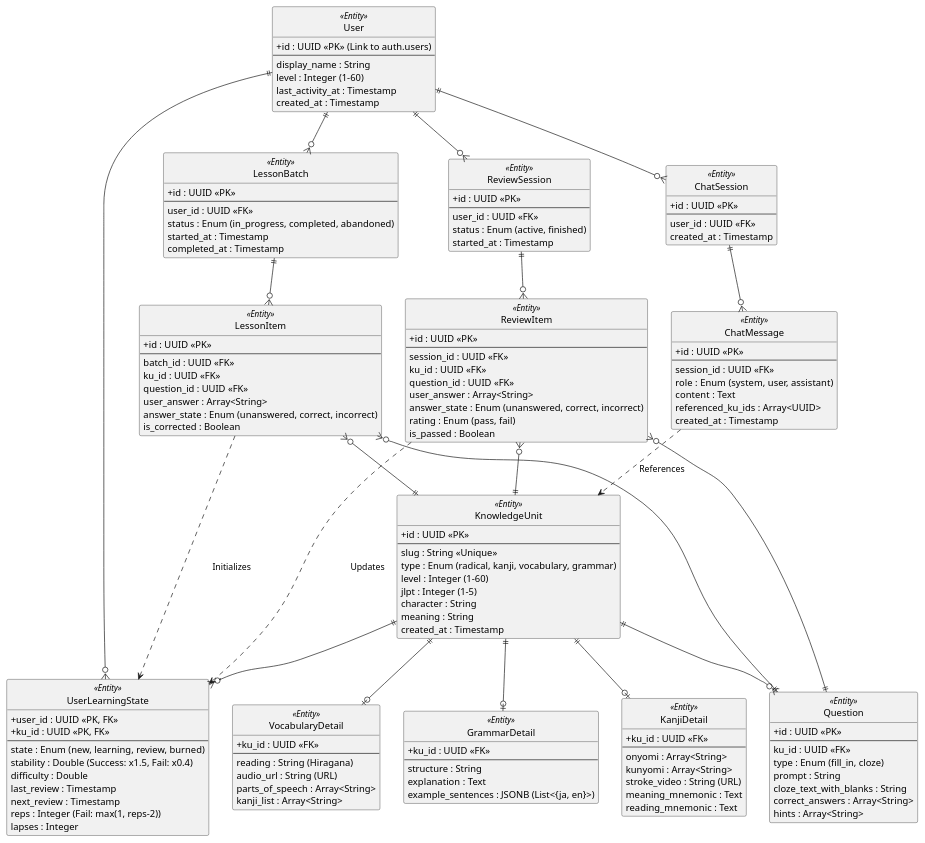
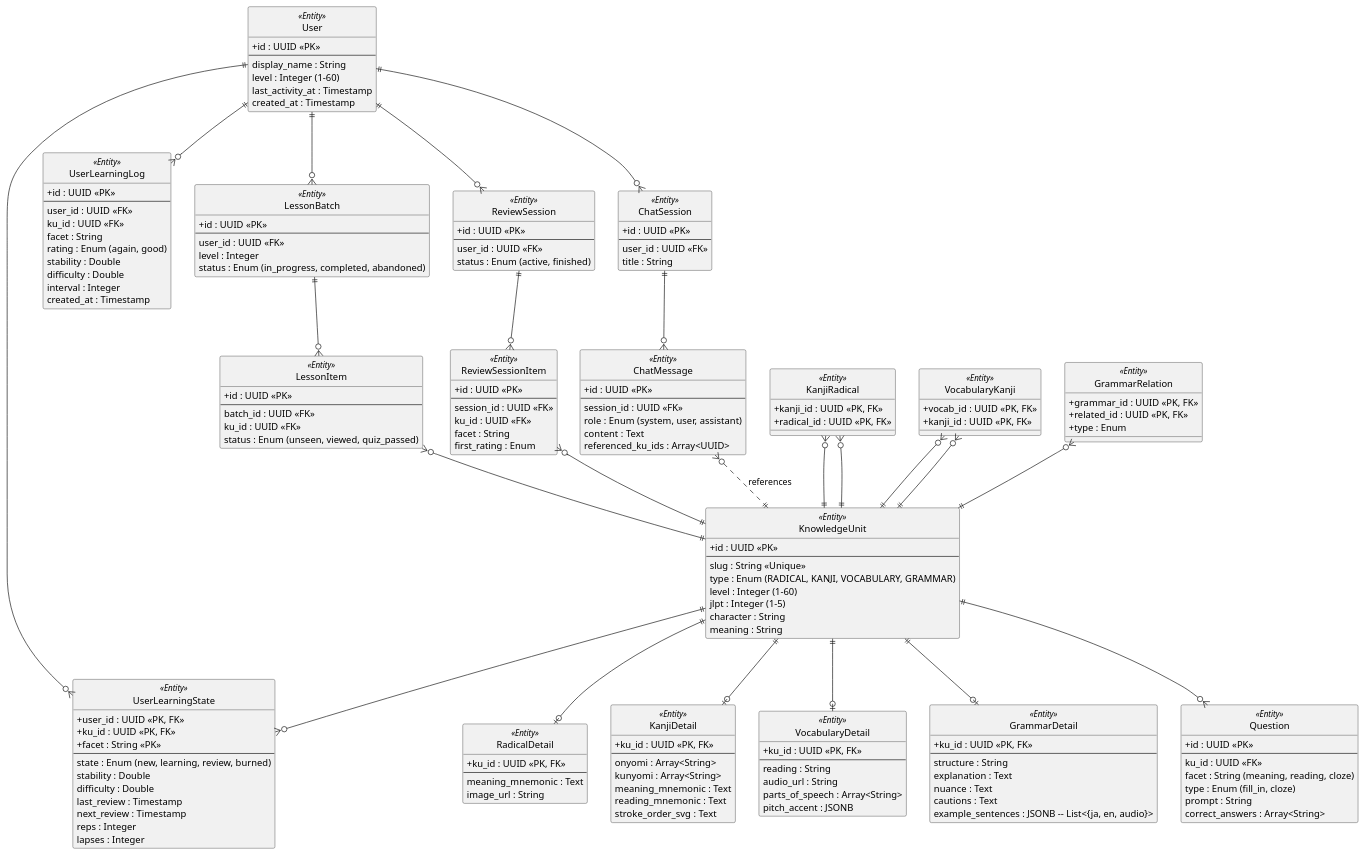
The diagram in docs/er/full-system-er.md (anhtranguyen-github/Hanachan), drawn with PlantUML before and after one commit. The commit also changed other lines of this file and 37 other files, not shown here.

Commit message:
docs: synchronize architecture and business flow documentation with final implementation

````diff
--- a/docs/er/full-system-er.md
+++ b/docs/er/full-system-er.md
@@ -10,7 +12,7 @@
 ' 1. USER DOMAIN
 ' ==========================================
 class User <<Entity>> {
-  + id : UUID <<PK>> (Link to auth.users)
+  + id : UUID <<PK>>
   --
   display_name : String
   level : Integer (1-60)
@@ -25,39 +27,64 @@
   + id : UUID <<PK>>
   --
   slug : String <<Unique>>
-  type : Enum (radical, kanji, vocabulary, grammar)
+  type : Enum (RADICAL, KANJI, VOCABULARY, GRAMMAR)
   level : Integer (1-60)
   jlpt : Integer (1-5)
   character : String
   meaning : String
-  created_at : Timestamp
+}
+
+class RadicalDetail <<Entity>> {
+  + ku_id : UUID <<PK, FK>>
+  --
+  meaning_mnemonic : Text
+  image_url : String
 }
 
 class KanjiDetail <<Entity>> {
-  + ku_id : UUID <<FK>>
+  + ku_id : UUID <<PK, FK>>
   --
   onyomi : Array<String>
   kunyomi : Array<String>
-  stroke_video : String (URL)
   meaning_mnemonic : Text
   reading_mnemonic : Text
+  stroke_order_svg : Text
 }
 
 class VocabularyDetail <<Entity>> {
-  + ku_id : UUID <<FK>>
+  + ku_id : UUID <<PK, FK>>
   --
-  reading : String (Hiragana)
-  audio_url : String (URL)
+  reading : String
+  audio_url : String
   parts_of_speech : Array<String>
-  kanji_list : Array<String>
+  pitch_accent : JSONB
 }
 
 class GrammarDetail <<Entity>> {
-  + ku_id : UUID <<FK>>
+  + ku_id : UUID <<PK, FK>>
   --
   structure : String
   explanation : Text
-  example_sentences : JSONB (List<{ja, en}>)
+  nuance : Text
+  cautions : Text
+  example_sentences : JSONB -- List<{ja, en, audio}>
+}
+
+' Bridge Tables (Cross-References)
+class KanjiRadical <<Entity>> {
+  + kanji_id : UUID <<PK, FK>>
+  + radical_id : UUID <<PK, FK>>
+}
+
+class VocabularyKanji <<Entity>> {
+  + vocab_id : UUID <<PK, FK>>
+  + kanji_id : UUID <<PK, FK>>
+}
+
+class GrammarRelation <<Entity>> {
+  + grammar_id : UUID <<PK, FK>>
+  + related_id : UUID <<PK, FK>>
+  + type : Enum
 }
 
 ' ==========================================
@@ -67,23 +94,51 @@
   + id : UUID <<PK>>
   --
   ku_id : UUID <<FK>>
+  facet : String (meaning, reading, cloze)
   type : Enum (fill_in, cloze)
   prompt : String
-  cloze_text_with_blanks : String
   correct_answers : Array<String>
-  hints : Array<String>
 }
 
 ' ==========================================
-' 4. SESSION DOMAIN
+' 4. PROGRESS & LOGGING
+' ==========================================
+class UserLearningState <<Entity>> {
+  + user_id : UUID <<PK, FK>>
+  + ku_id : UUID <<PK, FK>>
+  + facet : String <<PK>>
+  --
+  state : Enum (new, learning, review, burned)
+  stability : Double
+  difficulty : Double
+  last_review : Timestamp
+  next_review : Timestamp
+  reps : Integer
+  lapses : Integer
+}
+
+class UserLearningLog <<Entity>> {
+  + id : UUID <<PK>>
+  --
+  user_id : UUID <<FK>>
+  ku_id : UUID <<FK>>
+  facet : String
+  rating : Enum (again, good)
+  stability : Double
+  difficulty : Double
+  interval : Integer
+  created_at : Timestamp
+}
+
+' ==========================================
+' 5. SESSION DOMAIN
 ' ==========================================
 class LessonBatch <<Entity>> {
   + id : UUID <<PK>>
   --
   user_id : UUID <<FK>>
+  level : Integer
   status : Enum (in_progress, completed, abandoned)
-  started_at : Timestamp
-  completed_at : Timestamp
 }
 
 class LessonItem <<Entity>> {
@@ -91,10 +146,7 @@
   --
   batch_id : UUID <<FK>>
   ku_id : UUID <<FK>>
-  question_id : UUID <<FK>>
-  user_answer : Array<String>
-  answer_state : Enum (unanswered, correct, incorrect)
-  is_corrected : Boolean
+  status : Enum (unseen, viewed, quiz_passed)
 }
 
 class ReviewSession <<Entity>> {
@@ -102,35 +154,15 @@
   --
   user_id : UUID <<FK>>
   status : Enum (active, finished)
-  started_at : Timestamp
 }
 
-class ReviewItem <<Entity>> {
+class ReviewSessionItem <<Entity>> {
   + id : UUID <<PK>>
   --
   session_id : UUID <<FK>>
   ku_id : UUID <<FK>>
-  question_id : UUID <<FK>>
-  user_answer : Array<String>
-  answer_state : Enum (unanswered, correct, incorrect)
-  rating : Enum (pass, fail)
-  is_passed : Boolean
-}
-
-' ==========================================
-' 5. PROGRESS (FSRS STATE)
-' ==========================================
-class UserLearningState <<Entity>> {
-  + user_id : UUID <<PK, FK>>
-  + ku_id : UUID <<PK, FK>>
-  --
-  state : Enum (new, learning, review, burned)
-  stability : Double (Success: x1.5, Fail: x0.4)
-  difficulty : Double
-  last_review : Timestamp
-  next_review : Timestamp
-  reps : Integer (Fail: max(1, reps-2))
-  lapses : Integer
+  facet : String
+  first_rating : Enum
 }
 
 ' ==========================================
@@ -140,7 +172,7 @@
   + id : UUID <<PK>>
   --
   user_id : UUID <<FK>>
-  created_at : Timestamp
+  title : String
 }
 
 class ChatMessage <<Entity>> {
@@ -150,43 +182,43 @@
   role : Enum (system, user, assistant)
   content : Text
   referenced_ku_ids : Array<UUID>
-  created_at : Timestamp
 }
 
 ' ==========================================
-' RELATIONSHIPS
+' CONNECTIONS
 ' ==========================================
 
-' Content details
+' Content Hierarchies
+KnowledgeUnit ||--o| RadicalDetail
 KnowledgeUnit ||--o| KanjiDetail
 KnowledgeUnit ||--o| VocabularyDetail
 KnowledgeUnit ||--o| GrammarDetail
 KnowledgeUnit ||--o{ Question
 
-' Progress State
+' Relationship Bridges
+KanjiRadical }o--|| KnowledgeUnit
+KanjiRadical }o--|| KnowledgeUnit
+VocabularyKanji }o--|| KnowledgeUnit
+VocabularyKanji }o--|| KnowledgeUnit
+GrammarRelation }o--|| KnowledgeUnit
+
+' Progress tracking
 User ||--o{ UserLearningState
+User ||--o{ UserLearningLog
 KnowledgeUnit ||--o{ UserLearningState
 
 ' Sessions
 User ||--o{ LessonBatch
 User ||--o{ ReviewSession
 LessonBatch ||--o{ LessonItem
-ReviewSession ||--o{ ReviewItem
-
-' Session-Content-Question links
+ReviewSession ||--o{ ReviewSessionItem
 LessonItem }o--|| KnowledgeUnit
-LessonItem }o--|| Question
-ReviewItem }o--|| KnowledgeUnit
-ReviewItem }o--|| Question
+ReviewSessionItem }o--|| KnowledgeUnit
 
 ' Assistant
 User ||--o{ ChatSession
 ChatSession ||--o{ ChatMessage
-
-' Cross-domain data flow (Logical)
-ReviewItem ..> UserLearningState : "Updates"
-LessonItem ..> UserLearningState : "Initializes"
-ChatMessage ..> KnowledgeUnit : "References"
+ChatMessage }o..|| KnowledgeUnit : "references"
 
 @enduml
 ```
````
